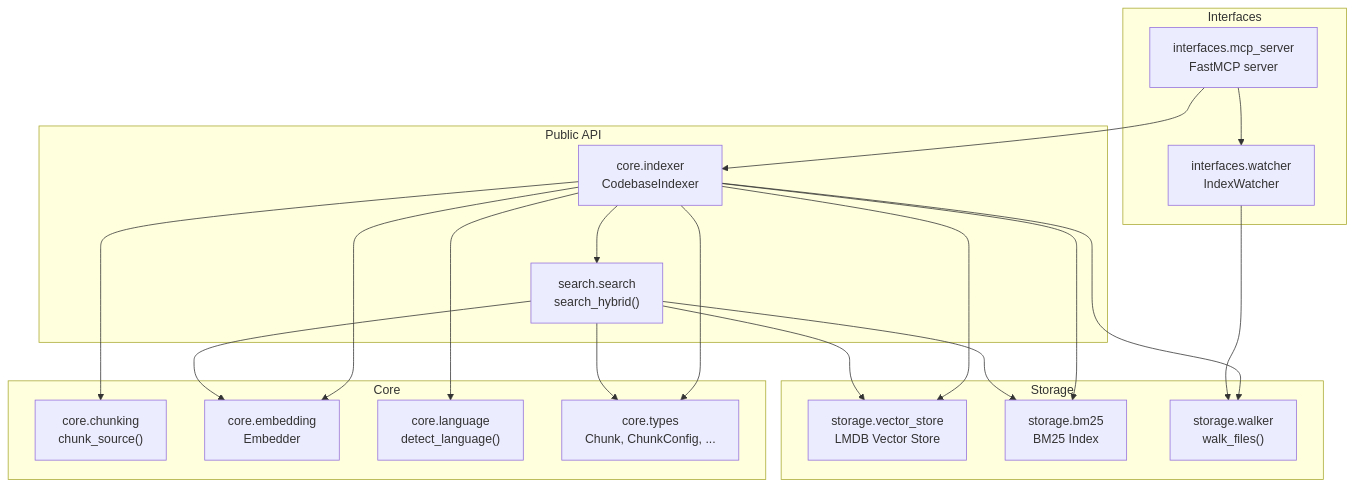
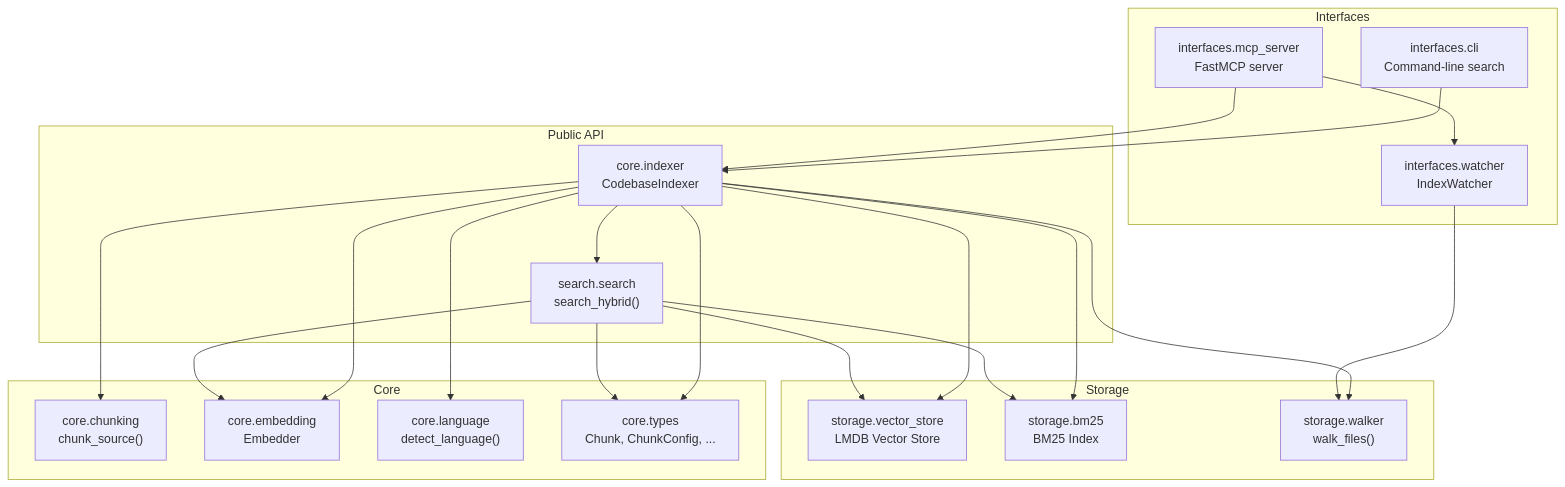
The third of 3 diagrams in README.md (OEvortex/vortexa), drawn with Mermaid before and after one commit. The commit also changed other lines of this file and 3 other files, not shown here.

Commit message:
Add CLI search entrypoint

````diff
--- a/README.md
+++ b/README.md
@@ -378,43 +437,45 @@
 ```mermaid
 graph TD
     subgraph "Public API"
         Indexer["core.indexer<br/>CodebaseIndexer"]
         Search["search.search<br/>search_hybrid()"]
     end
 
     subgraph "Core"
         Chunking["core.chunking<br/>chunk_source()"]
         Embedding["core.embedding<br/>Embedder"]
         Language["core.language<br/>detect_language()"]
         Types["core.types<br/>Chunk, ChunkConfig, ..."]
     end
 
     subgraph "Storage"
         VectorStore["storage.vector_store<br/>LMDB Vector Store"]
         BM25["storage.bm25<br/>BM25 Index"]
         Walker["storage.walker<br/>walk_files()"]
     end
 
     subgraph "Interfaces"
+        CLI["interfaces.cli<br/>Command-line search"]
         MCP["interfaces.mcp_server<br/>FastMCP server"]
         Watcher["interfaces.watcher<br/>IndexWatcher"]
     end
 
     Indexer --> Chunking
     Indexer --> Embedding
     Indexer --> Language
     Indexer --> Types
     Indexer --> VectorStore
     Indexer --> BM25
     Indexer --> Walker
     Indexer --> Search
 
     Search --> Embedding
     Search --> VectorStore
     Search --> BM25
     Search --> Types
 
+    CLI --> Indexer
     MCP --> Indexer
     MCP --> Watcher
     Watcher --> Walker
 ```
````
